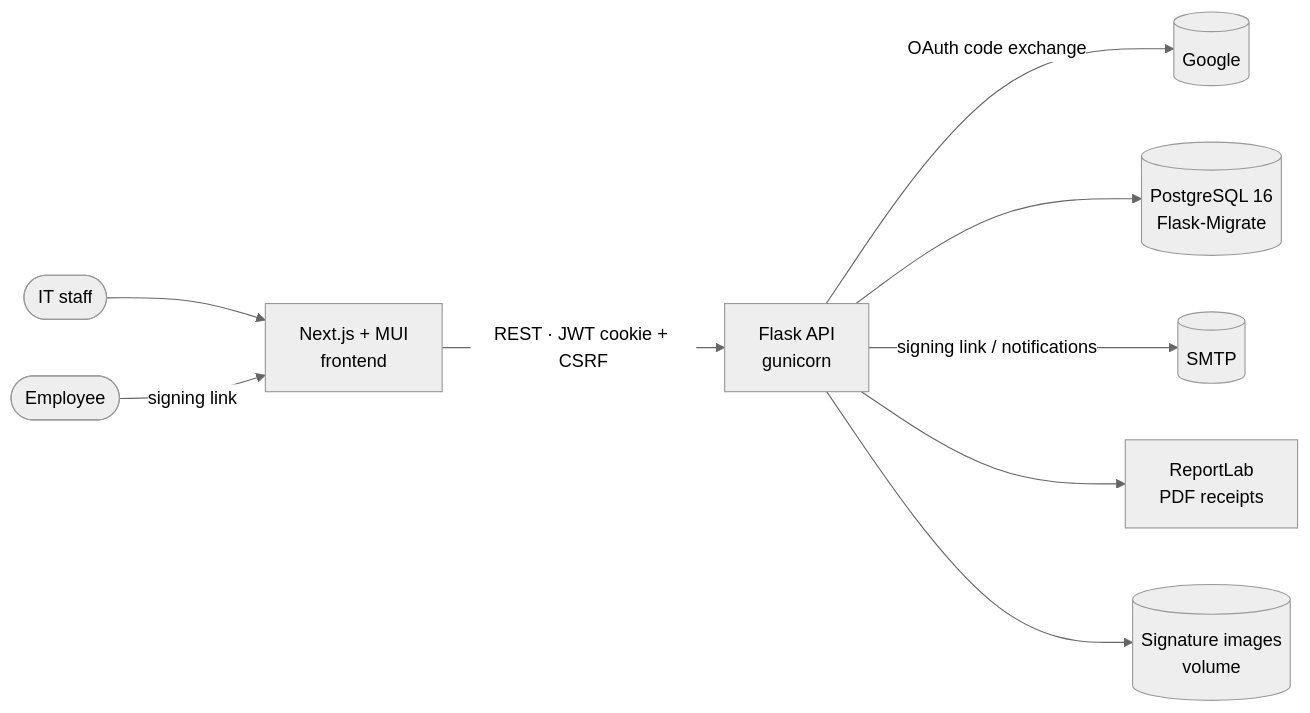
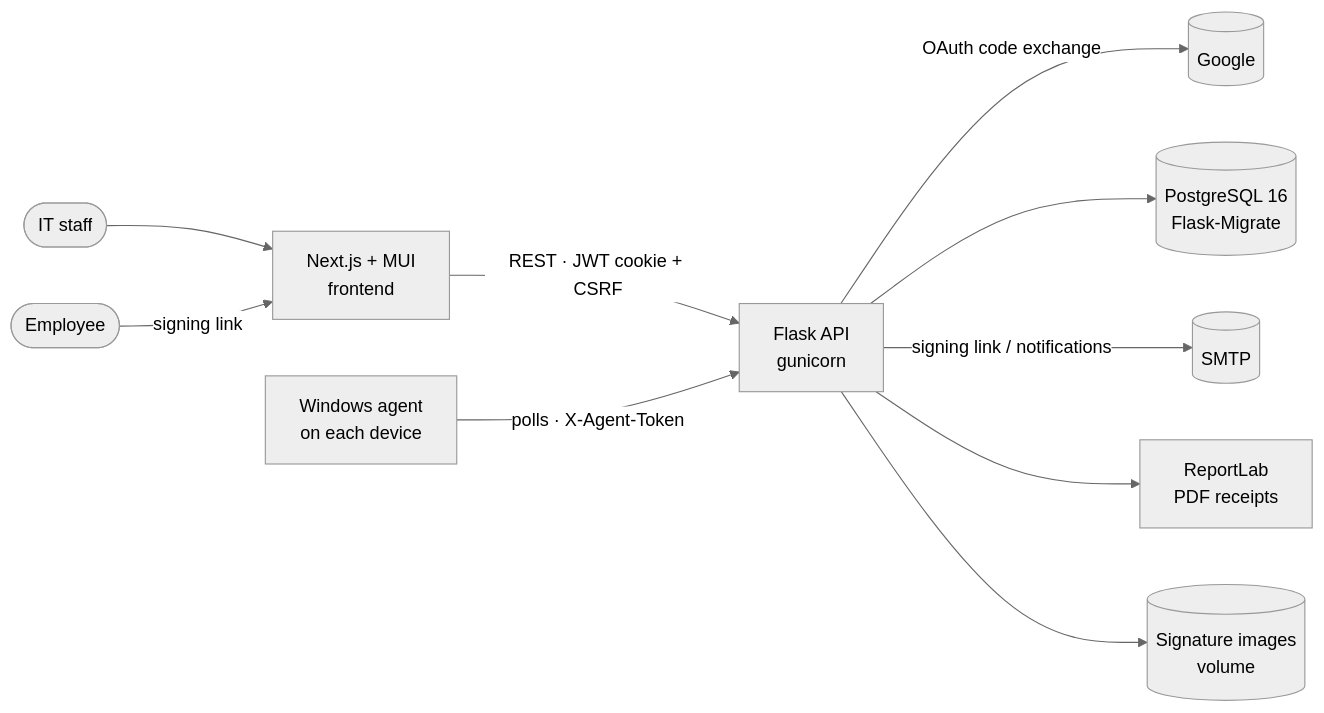
The first of 2 diagrams in README.md (andres-en/mesa-asset-management-platform), drawn with Mermaid (neutral theme) before and after one commit. The commit also changed other lines of this file and 46 other files, not shown here.

````diff
--- a/README.md
+++ b/README.md
@@ -40,11 +52,12 @@
 ```mermaid
 flowchart LR
     it([IT staff]) --> web[Next.js + MUI<br/>frontend]
     employee([Employee]) -->|signing link| web
     web -->|REST · JWT cookie + CSRF| api[Flask API<br/>gunicorn]
     api -->|OAuth code exchange| google[(Google)]
     api --> db[(PostgreSQL 16<br/>Flask-Migrate)]
     api -->|signing link / notifications| smtp[(SMTP)]
     api --> pdf[ReportLab<br/>PDF receipts]
     api --> files[(Signature images<br/>volume)]
+    agent[Windows agent<br/>on each device] -->|polls · X-Agent-Token| api
 ```
````
